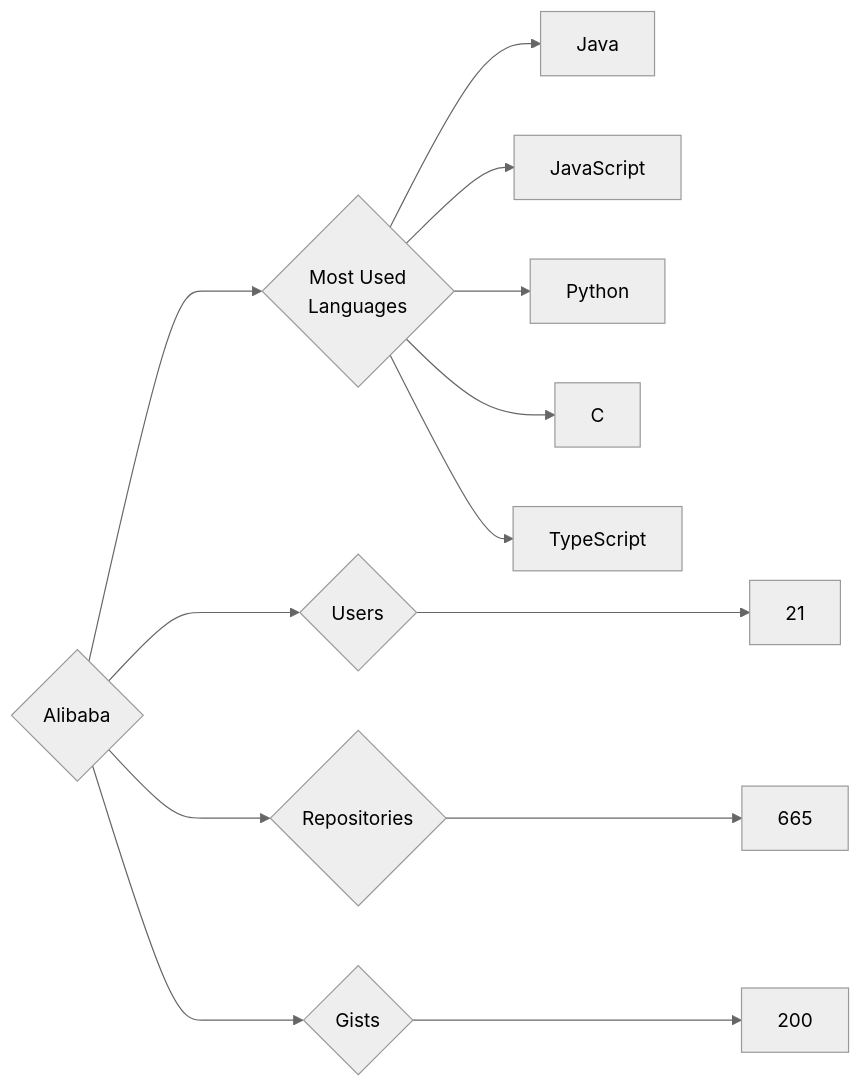
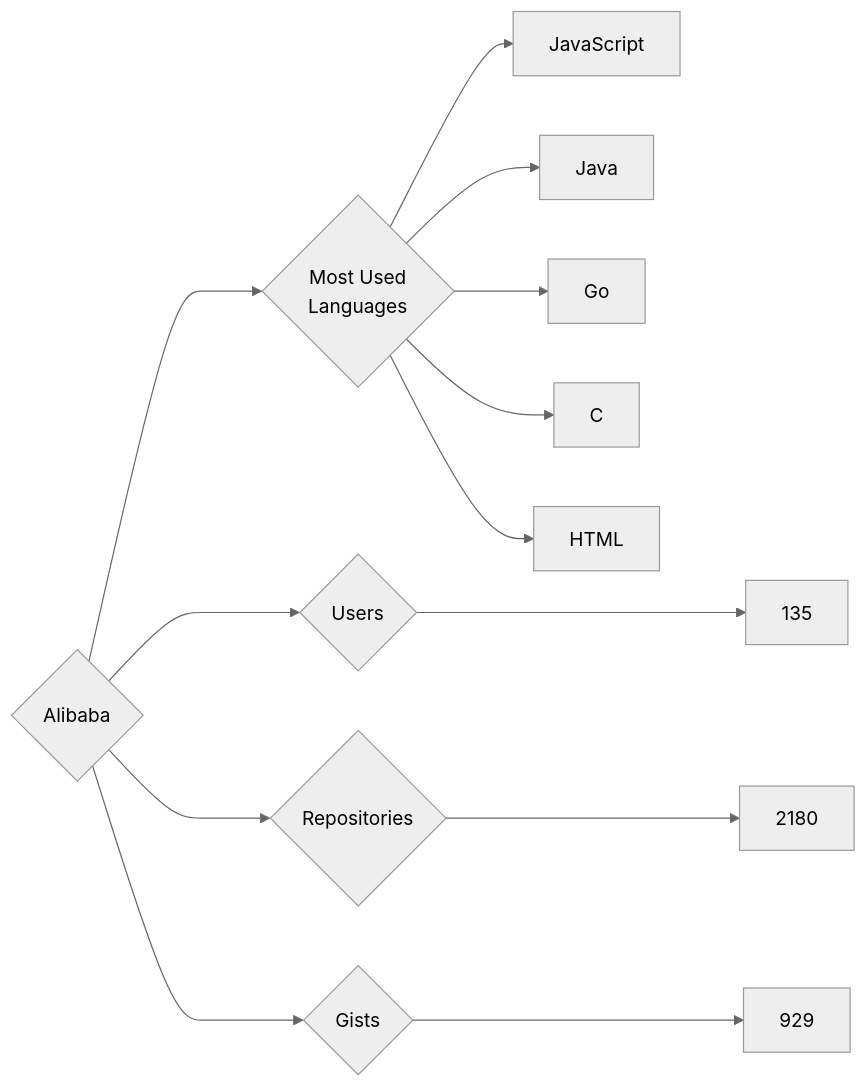
One commit to trickest/insiders changed the diagram in targets/Alibaba/README.md. Above: the diagram before and after it, drawn with Mermaid (neutral theme). The commit also changed 935 other files, not shown here.

````diff
--- a/targets/Alibaba/README.md
+++ b/targets/Alibaba/README.md
@@ -3,13 +3,13 @@
 ```mermaid
 graph LR
 COMPANY_NAME{Alibaba}
-COMPANY_NAME ---> U{Users} ---> UN[21]
-COMPANY_NAME ---> R{Repositories} ---> RN[665]
-COMPANY_NAME ---> G{Gists} ---> GN[200]
+COMPANY_NAME ---> U{Users} ---> UN[135]
+COMPANY_NAME ---> R{Repositories} ---> RN[2180]
+COMPANY_NAME ---> G{Gists} ---> GN[929]
 COMPANY_NAME ---> ML{Most Used<br>Languages}
+ML --> JavaScript[JavaScript]
 ML --> Java[Java]
-ML --> JavaScript[JavaScript]
-ML --> Python[Python]
+ML --> Go[Go]
 ML --> C[C]
-ML --> TypeScript[TypeScript]
+ML --> HTML[HTML]
 ```
````
